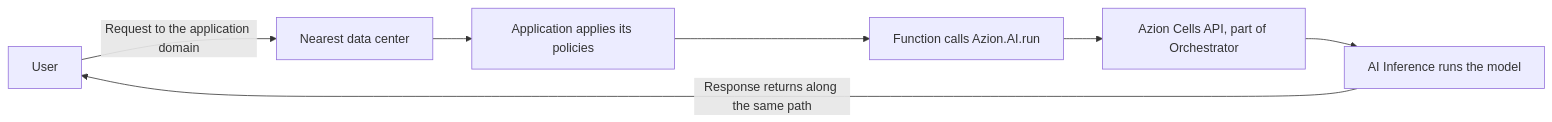
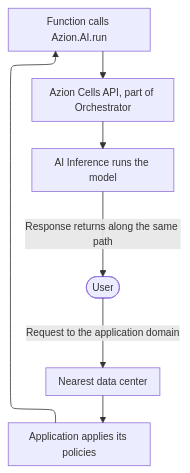
Before and after one commit to aziontech/docs: the diagram in apps/docs/src/content/docs/en/pages/main-menu/reference/ai-inference/edge-ai-reference.mdx, drawn with Mermaid. The commit also changed 179 other files, not shown here.

Commit message:
docs(diagrams): redraw every other diagram in the use-case diagram style (#2513)

````diff
--- a/apps/docs/src/content/docs/en/pages/main-menu/reference/ai-inference/edge-ai-reference.mdx
+++ b/apps/docs/src/content/docs/en/pages/main-menu/reference/ai-inference/edge-ai-reference.mdx
@@ -52,9 +52,10 @@
 ```mermaid
-flowchart LR
-  User["User"] -->|"Request to the application domain"| DC["Nearest data center"]
+%%{init: {"layout": "elk", "themeVariables": {"fontSize": "13px"}, "flowchart": {"nodeSpacing": 24, "rankSpacing": 36, "padding": 8, "wrappingWidth": 150, "useMaxWidth": true}, "sequence": {"width": 120, "actorMargin": 30, "useMaxWidth": true}}}%%
+flowchart TD
+  User(["User"]) -->|"Request to the application domain"| DC["Nearest data center"]
   DC --> App["Application applies its policies"]
   App --> Fn["Function calls Azion.AI.run"]
   Fn --> Cells["Azion Cells API, part of Orchestrator"]
   Cells --> Model["AI Inference runs the model"]
   Model -->|"Response returns along the same path"| User
 ```
````
